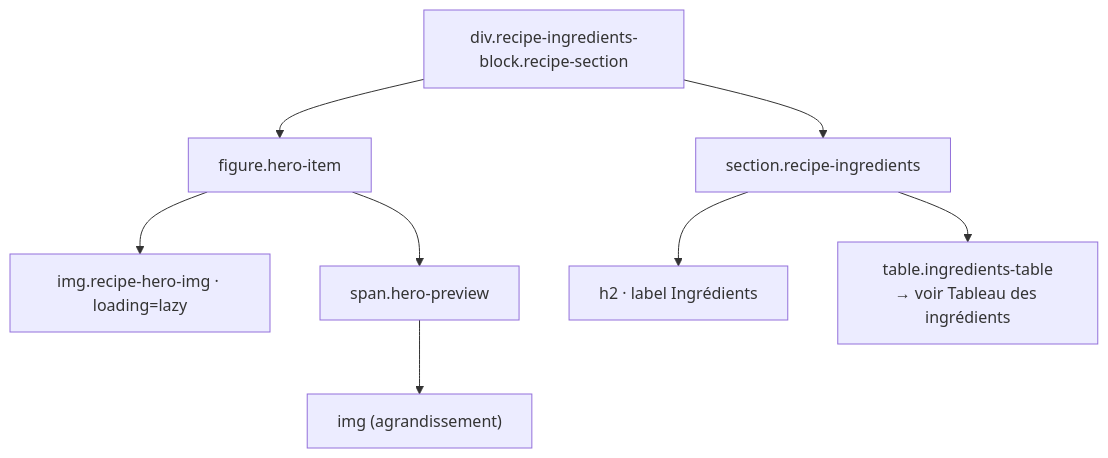
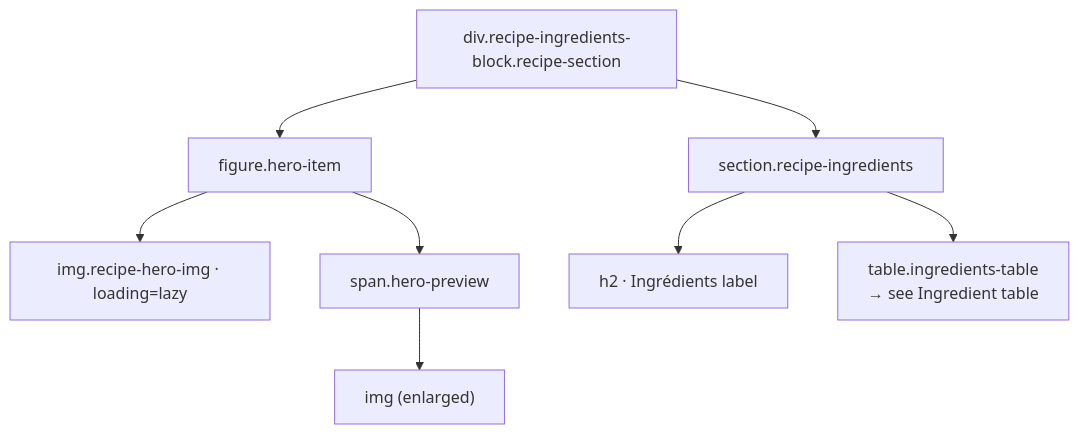
The second of 6 diagrams in RECIPE_DOM.md (ppoilbarbe/PBRecipe), drawn with Mermaid before and after one commit. The commit also changed other lines of this file and 8 other files, not shown here.

````diff
--- a/RECIPE_DOM.md
+++ b/RECIPE_DOM.md
@@ -53,16 +53,16 @@
 ```mermaid
 graph TD
     classDef opt stroke-dasharray:5 5
 
     block["div.recipe-ingredients-block.recipe-section"]
 
     block --> fig["figure.hero-item"]
     block --> sect["section.recipe-ingredients"]
 
     fig --> heroimg["img.recipe-hero-img · loading=lazy"]
     fig --> preview["span.hero-preview"]
-    preview --> previewimg["img (agrandissement)"]
+    preview --> previewimg["img (enlarged)"]
 
-    sect --> h2["h2 · label Ingrédients"]
-    sect --> table["table.ingredients-table\n→ voir Tableau des ingrédients"]
+    sect --> h2["h2 · Ingrédients label"]
+    sect --> table["table.ingredients-table\n→ see Ingredient table"]
 ```
````
